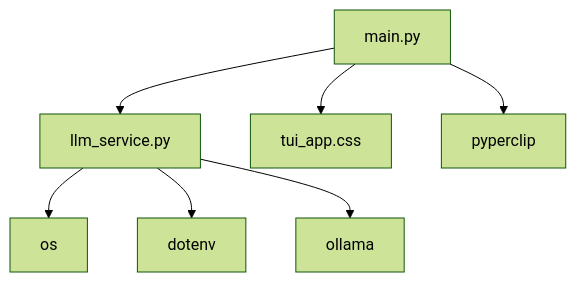
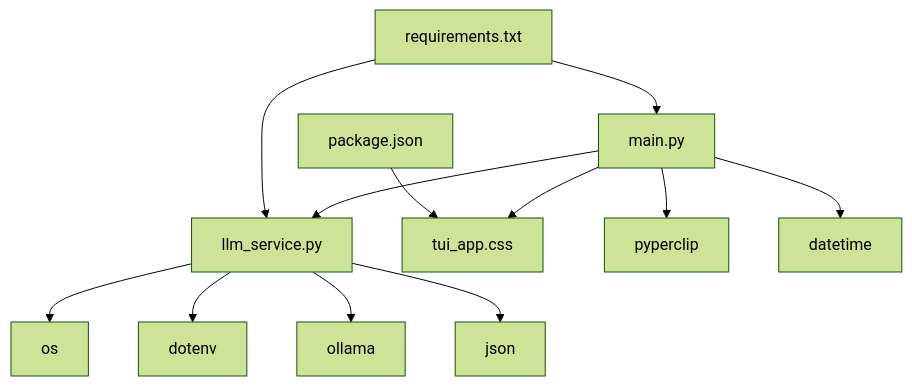
The first of 3 diagrams in solution_arch.md (mlclifton/aipropos), drawn with Mermaid (forest theme) before and after one commit. The commit also changed other lines of this file and 2 other files, not shown here.

First line of the commit message:
docs: Update architecture and create refactoring backlog

````diff
--- a/solution_arch.md
+++ b/solution_arch.md
@@ -35,9 +43,14 @@
 ```mermaid
 graph TD
     A[main.py] --> B[llm_service.py]
     A --> C[tui_app.css]
     A --> D[pyperclip]
+    A --> J[datetime]
     B --> E[os]
     B --> F[dotenv]
     B --> G[ollama]
+    B --> K[json]
+    H[requirements.txt] --> A
+    H --> B
+    I[package.json] --> C
 ```
````
